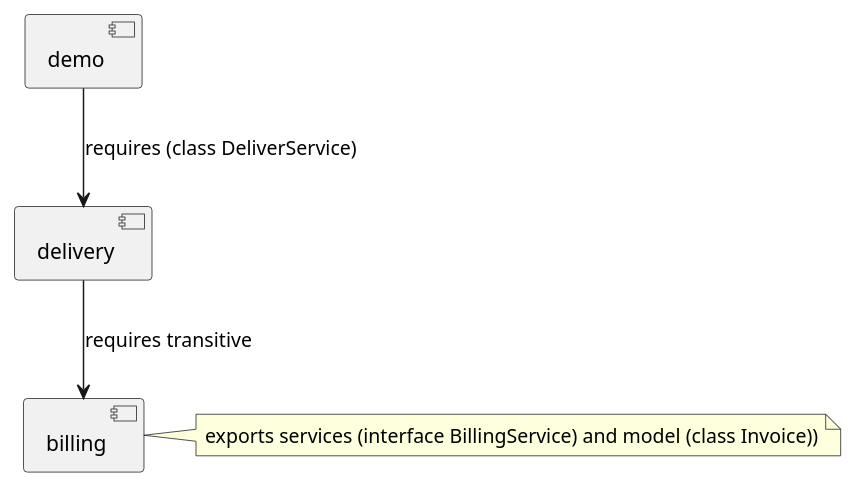
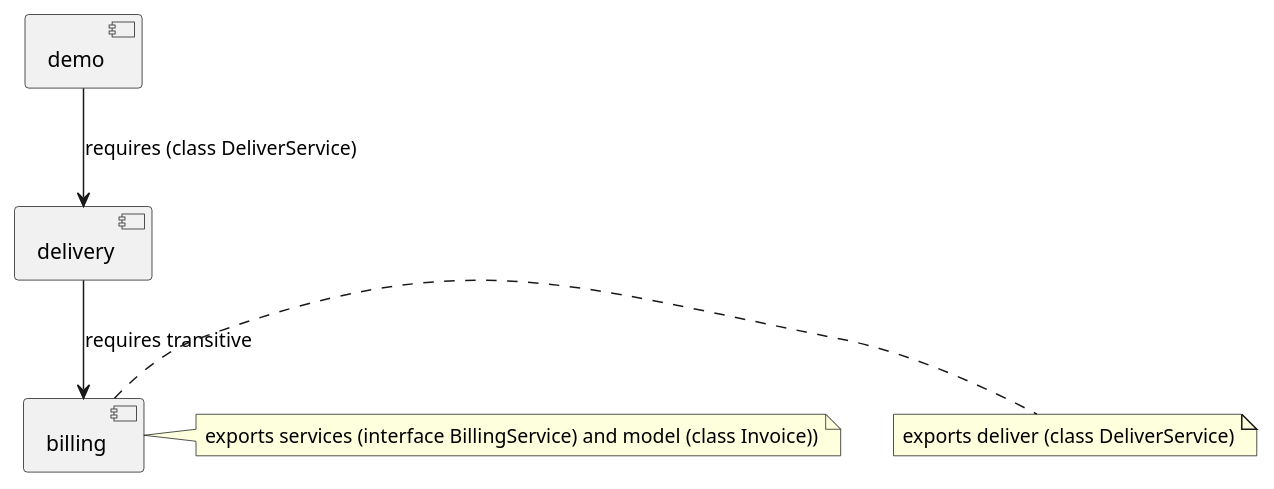
Before and after one commit to JonasHellgren/Modularization: the diagram in demo/moduleDep.puml, drawn with PlantUML. The commit also changed 1 other file, not shown here.

```diff
--- a/demo/moduleDep.puml
+++ b/demo/moduleDep.puml
@@ -1,13 +1,14 @@
 @startuml
 
 component demo
 component delivery
 component billing
 
 demo --> delivery : requires (class DeliverService)
 delivery --> billing : requires transitive
 
+note right of billing: exports deliver (class DeliverService)
 note right of billing: exports services (interface BillingService) and model (class Invoice))
 
 
 @enduml
```
